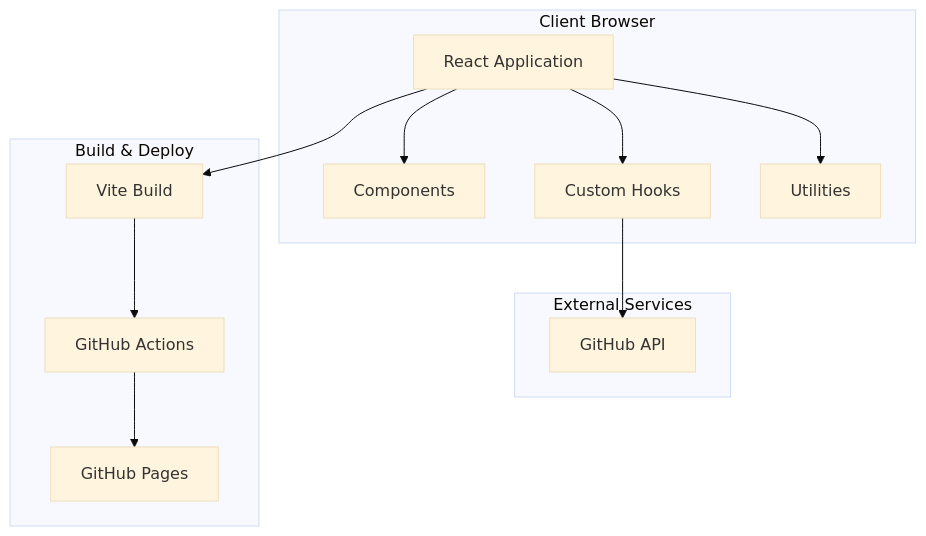
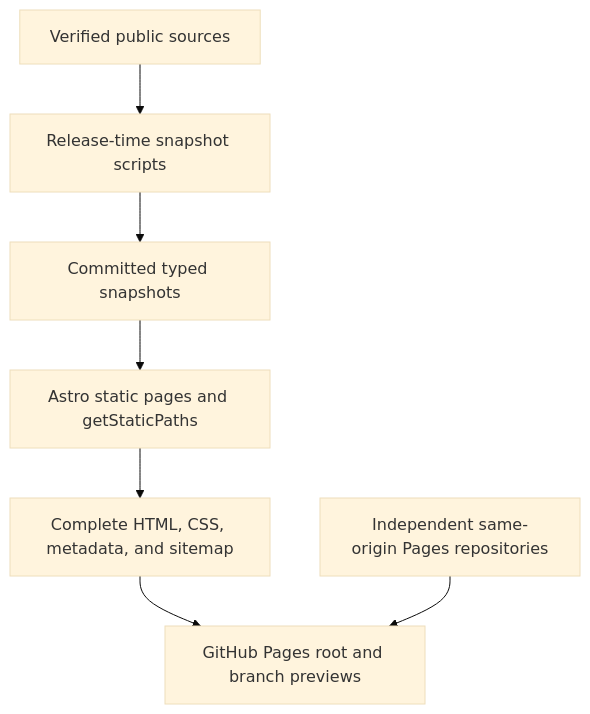
One commit to animeshkundu/animeshkundu.github.io changed the diagram in docs/architecture/README.md. Above: the diagram before and after it, drawn with Mermaid (base theme). The commit also changed other lines of this file and 168 other files, not shown here.

````diff
--- a/docs/architecture/README.md
+++ b/docs/architecture/README.md
@@ -22,22 +7,9 @@
 ```mermaid
 graph TB
-    subgraph "Client Browser"
-        A[React Application]
-        A --> B[Components]
-        A --> C[Custom Hooks]
-        A --> D[Utilities]
-    end
-    
-    subgraph "External Services"
-        E[GitHub API]
-    end
-    
-    C --> E
-    
-    subgraph "Build & Deploy"
-        F[Vite Build] --> G[GitHub Actions]
-        G --> H[GitHub Pages]
-    end
-    
-    A --> F
+    Public[Verified public sources] --> Snapshot[Release-time snapshot scripts]
+    Snapshot --> Data[Committed typed snapshots]
+    Data --> Astro[Astro static pages and getStaticPaths]
+    Astro --> HTML[Complete HTML, CSS, metadata, and sitemap]
+    HTML --> Pages[GitHub Pages root and branch previews]
+    Siblings[Independent same-origin Pages repositories] --> Pages
 ```
````
